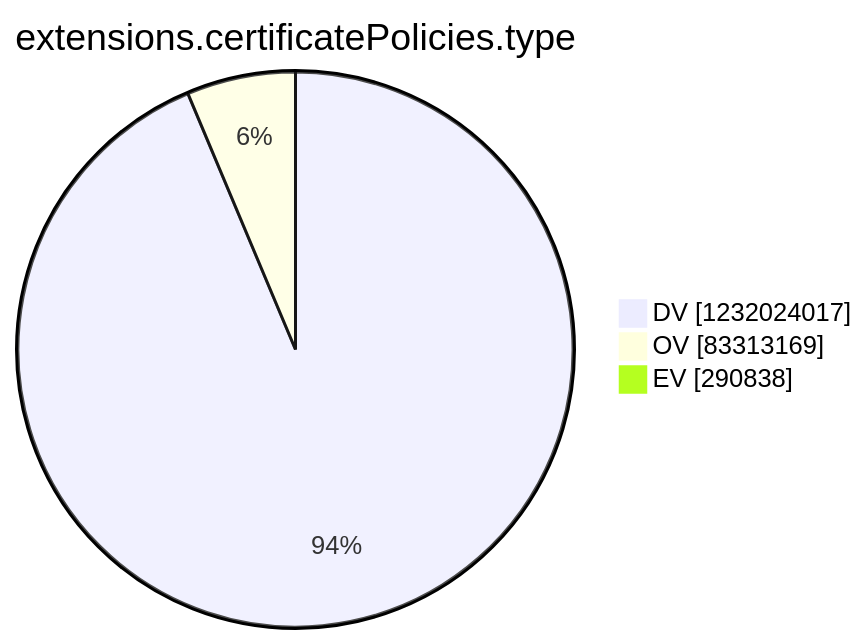
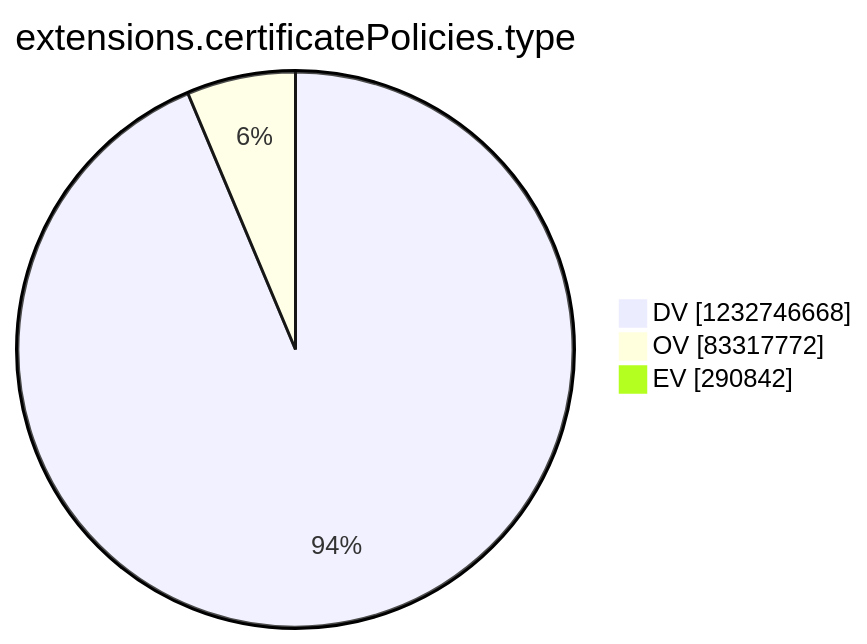
The tenth of 15 diagrams in argon2022/README.md (christiankrug/ctmonitor_visualization), drawn with Mermaid before and after one commit. The commit also changed other lines of this file, not shown here.

````diff
--- a/argon2022/README.md
+++ b/argon2022/README.md
@@ -2770,7 +2770,7 @@
 ```mermaid
 pie showData
 title extensions.certificatePolicies.type
-"DV" :1232024017
-"OV" :83313169
-"EV" :290838
+"DV" :1232746668
+"OV" :83317772
+"EV" :290842
 ```
````
